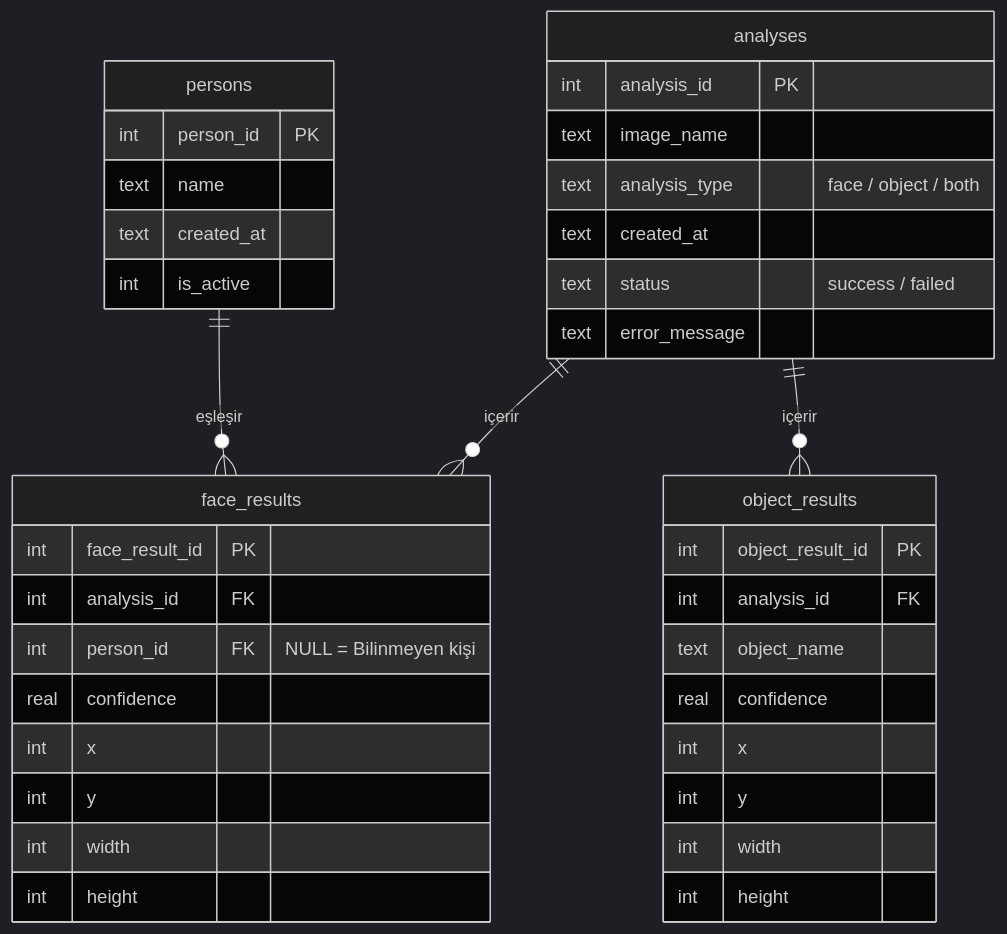
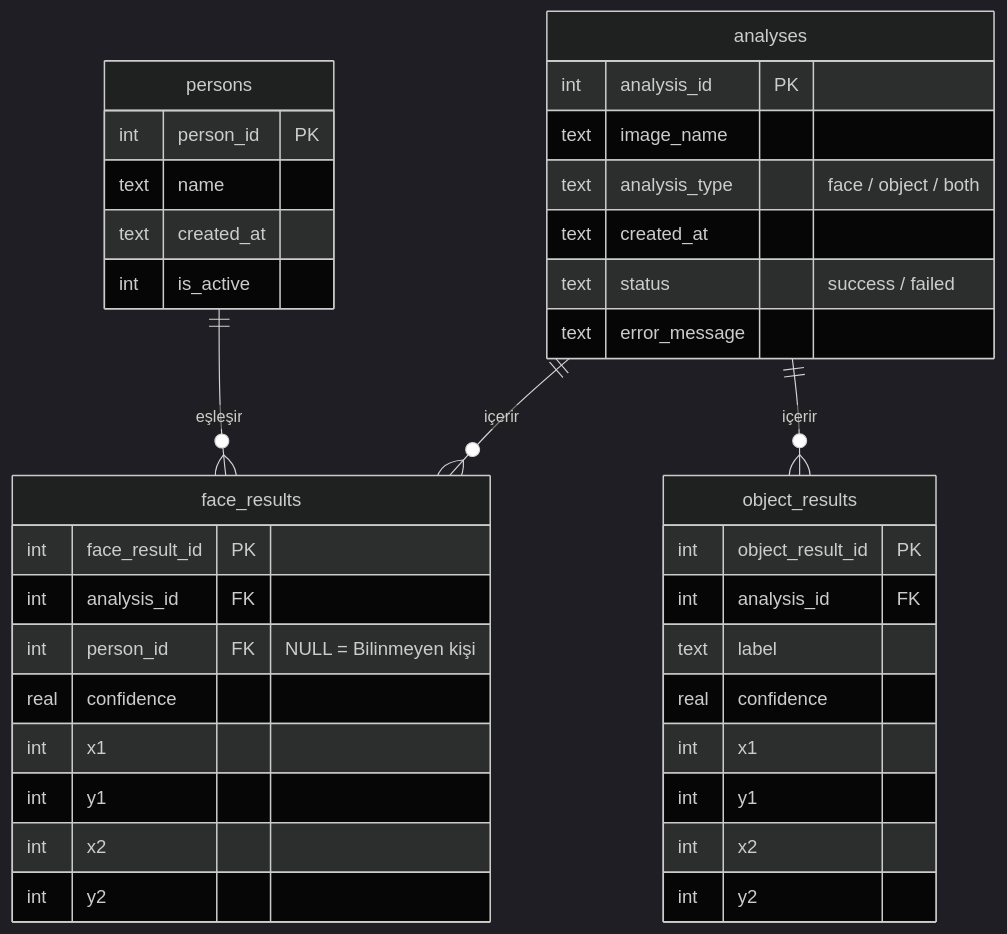
Before and after one commit to cemrezeyno/yms301-yuz-ve-nesne-tanima: the diagram in README.md, drawn with Mermaid (dark theme). The commit also changed other lines of this file and 1 other file, not shown here.

````diff
--- a/README.md
+++ b/README.md
@@ -82,41 +84,41 @@
 ```mermaid
 erDiagram
     persons ||--o{ face_results : "eşleşir"
     analyses ||--o{ face_results : "içerir"
     analyses ||--o{ object_results : "içerir"
 
     persons {
         int person_id PK
         text name
         text created_at
         int is_active
     }
     analyses {
         int analysis_id PK
         text image_name
         text analysis_type "face / object / both"
         text created_at
         text status "success / failed"
         text error_message
     }
     face_results {
         int face_result_id PK
         int analysis_id FK
         int person_id FK "NULL = Bilinmeyen kişi"
         real confidence
-        int x
-        int y
-        int width
-        int height
+        int x1
+        int y1
+        int x2
+        int y2
     }
     object_results {
         int object_result_id PK
         int analysis_id FK
-        text object_name
+        text label
         real confidence
-        int x
-        int y
-        int width
-        int height
+        int x1
+        int y1
+        int x2
+        int y2
     }
 ```
````
